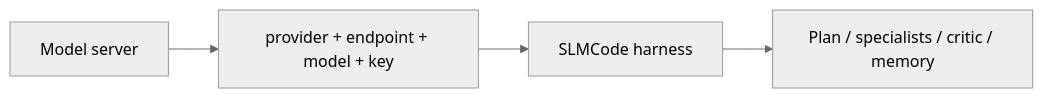
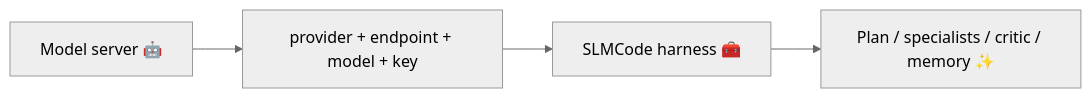
The diagram in docs/providers.md (UnicoLab/smlcode), drawn with Mermaid (neutral theme) before and after one commit. The commit also changed other lines of this file and 21 other files, not shown here.

````diff
--- a/docs/providers.md
+++ b/docs/providers.md
@@ -10,6 +18,6 @@
 ```mermaid
 flowchart LR
-  M[Model server] --> C[provider + endpoint + model + key]
-  C --> H[SLMCode harness]
-  H --> Out[Plan / specialists / critic / memory]
+  M[Model server 🤖] --> C[provider + endpoint + model + key]
+  C --> H[SLMCode harness 🧰]
+  H --> Out[Plan / specialists / critic / memory ✨]
 ```
````
